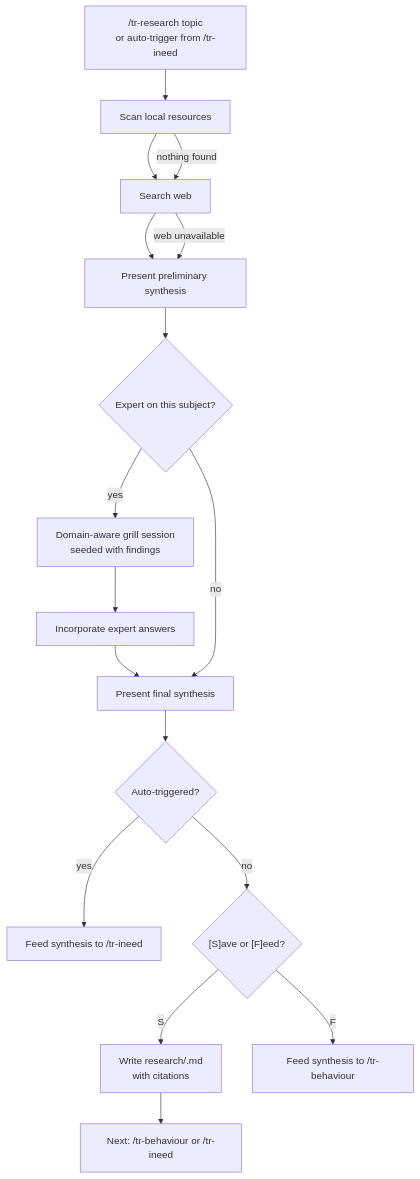
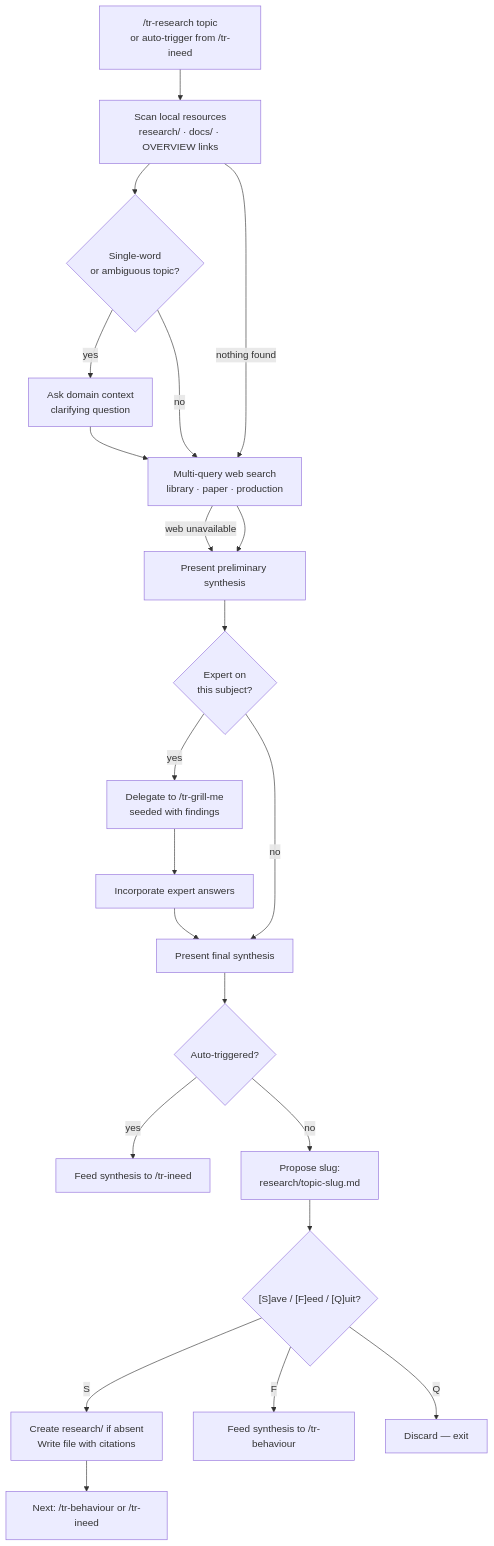
Before and after one commit to imix/taproot: the diagram in taproot/research/research-subject/usecase.md, drawn with Mermaid. The commit also changed other lines of this file, not shown here.

Commit message:
taproot(research/research-subject): apply review findings — slug confirmation, cancellation, local scan strategy, grill exit, ambiguity check, path fixes, AC-9/10/11

````diff
--- a/taproot/research/research-subject/usecase.md
+++ b/taproot/research/research-subject/usecase.md
@@ -69,19 +71,24 @@
 ```mermaid
 flowchart TD
-    A["/tr-research topic\nor auto-trigger from /tr-ineed"] --> B[Scan local resources]
-    B --> C[Search web]
-    C --> D[Present preliminary synthesis]
-    D --> E{Expert on this subject?}
-    E -->|yes| F[Domain-aware grill session\nseeded with findings]
-    F --> G[Incorporate expert answers]
-    G --> H[Present final synthesis]
-    E -->|no| H
-    H --> I{Auto-triggered?}
-    I -->|yes| J[Feed synthesis to /tr-ineed]
-    I -->|no| K{"[S]ave or [F]eed?"}
-    K -->|S| L["Write research/<topic>.md\nwith citations"]
-    L --> M["Next: /tr-behaviour or /tr-ineed"]
-    K -->|F| N[Feed synthesis to /tr-behaviour]
-    B -->|nothing found| C
-    C -->|web unavailable| D
+    A["/tr-research topic\nor auto-trigger from /tr-ineed"] --> B[Scan local resources\nresearch/ · docs/ · OVERVIEW links]
+    B --> C{Single-word\nor ambiguous topic?}
+    C -->|yes| C2[Ask domain context\nclarifying question]
+    C2 --> D
+    C -->|no| D[Multi-query web search\nlibrary · paper · production]
+    B -->|nothing found| D
+    D -->|web unavailable| E
+    D --> E[Present preliminary synthesis]
+    E --> F{Expert on\nthis subject?}
+    F -->|yes| G[Delegate to /tr-grill-me\nseeded with findings]
+    G --> H[Incorporate expert answers]
+    H --> I[Present final synthesis]
+    F -->|no| I
+    I --> J{Auto-triggered?}
+    J -->|yes| K[Feed synthesis to /tr-ineed]
+    J -->|no| L[Propose slug:\nresearch/topic-slug.md]
+    L --> M{"[S]ave / [F]eed / [Q]uit?"}
+    M -->|S| N[Create research/ if absent\nWrite file with citations]
+    N --> O["Next: /tr-behaviour or /tr-ineed"]
+    M -->|F| P[Feed synthesis to /tr-behaviour]
+    M -->|Q| Q[Discard — exit]
 ```
````
